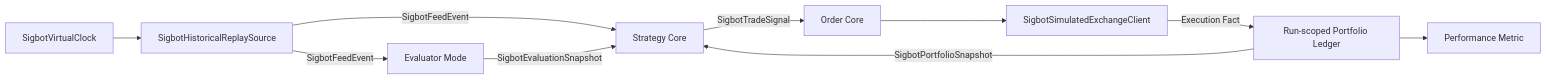
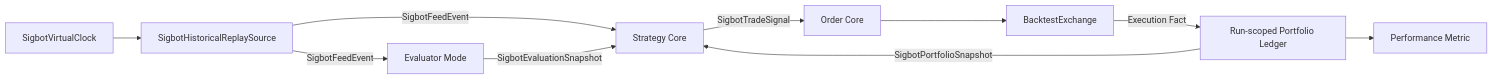
One commit to sigbot-labs/sigbot-core changed the diagram in docs/architecture/engine/backtest/overview_ZH.md. Above: the diagram before and after it, drawn with Mermaid. The commit also changed other lines of this file and 1371 other files, not shown here.

````diff
--- a/docs/architecture/engine/backtest/overview_ZH.md
+++ b/docs/architecture/engine/backtest/overview_ZH.md
@@ -14,12 +14,12 @@
 ```mermaid
 flowchart LR
     Clock[SigbotVirtualClock] --> Replay[SigbotHistoricalReplaySource]
     Replay -->|SigbotFeedEvent| Eval[Evaluator Mode]
     Replay -->|SigbotFeedEvent| Strategy[Strategy Core]
     Eval -->|SigbotEvaluationSnapshot| Strategy
     Strategy -->|SigbotTradeSignal| Order[Order Core]
-    Order --> Sim[SigbotSimulatedExchangeClient]
+    Order --> Sim[BacktestExchange]
     Sim -->|Execution Fact| Ledger[Run-scoped Portfolio Ledger]
     Ledger -->|SigbotPortfolioSnapshot| Strategy
     Ledger --> Metrics[Performance Metric]
 ```
````
